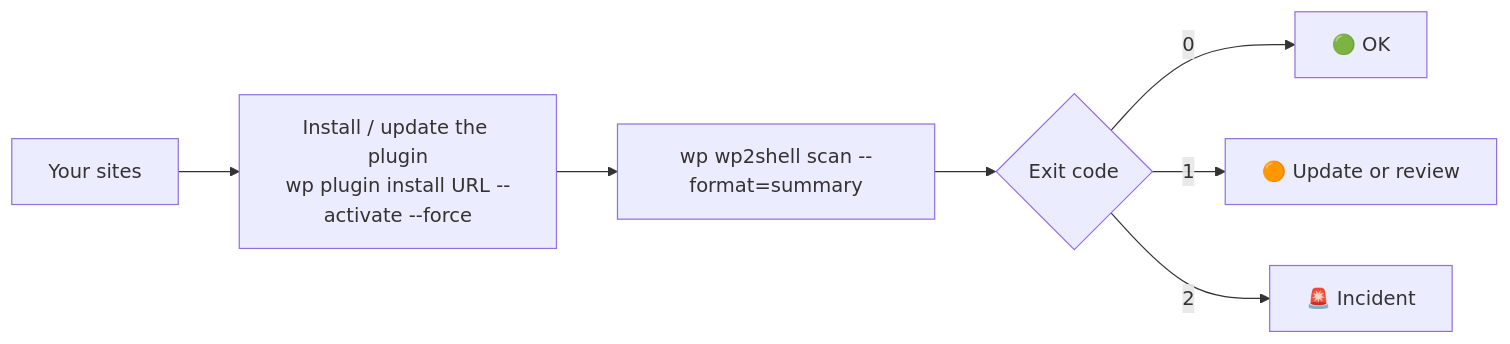
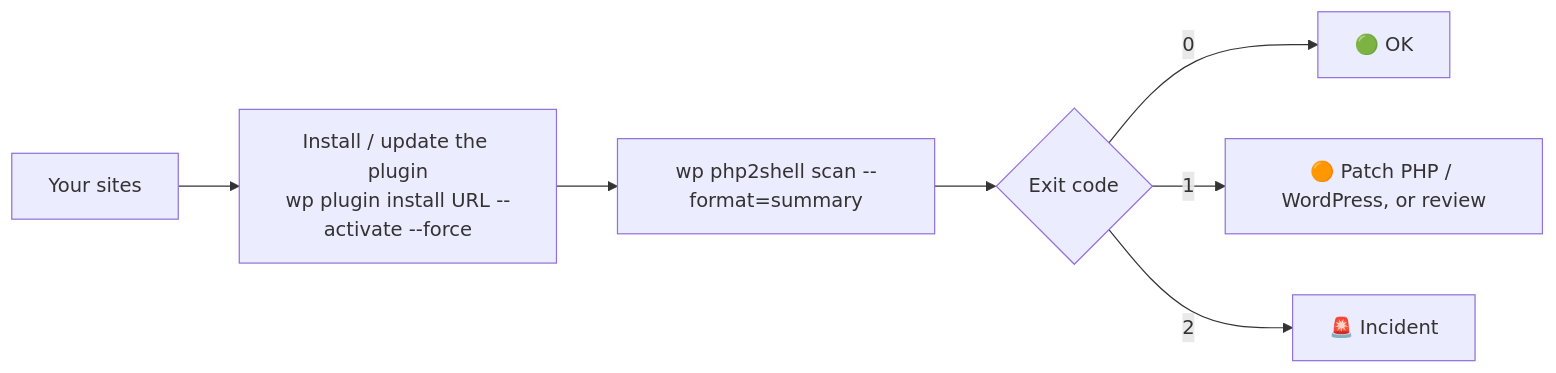
Before and after one commit to CptNope/JAT-Shell-Scanner: the tenth of 14 diagrams in README.md, drawn with Mermaid. The commit also changed other lines of this file and 20 other files, not shown here.

````diff
--- a/README.md
+++ b/README.md
@@ -436,9 +545,9 @@
 ```mermaid
 flowchart LR
     A["Your sites"] --> B["Install / update the plugin<br/>wp plugin install URL --activate --force"]
-    B --> C["wp wp2shell scan --format=summary"]
+    B --> C["wp php2shell scan --format=summary"]
     C --> D{"Exit code"}
     D -- 0 --> E["🟢 OK"]
-    D -- 1 --> F["🟠 Update or review"]
+    D -- 1 --> F["🟠 Patch PHP / WordPress, or review"]
     D -- 2 --> G["🚨 Incident"]
 ```
````
